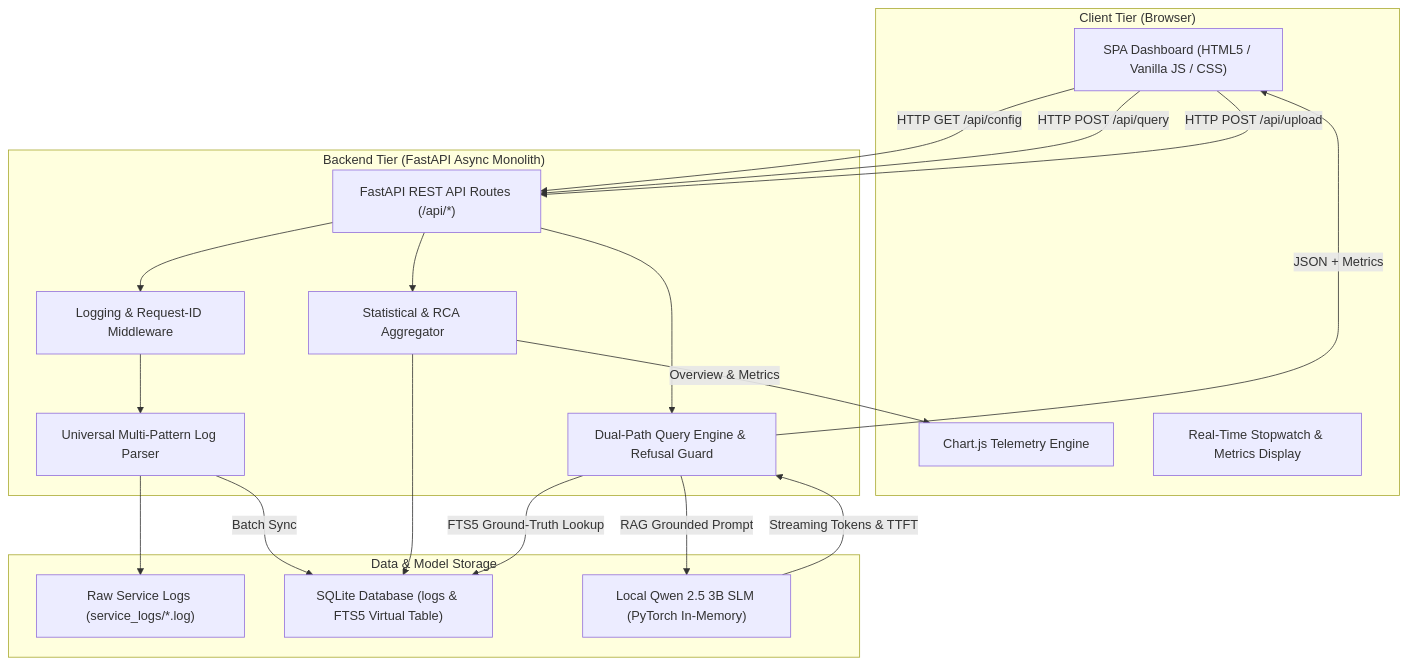
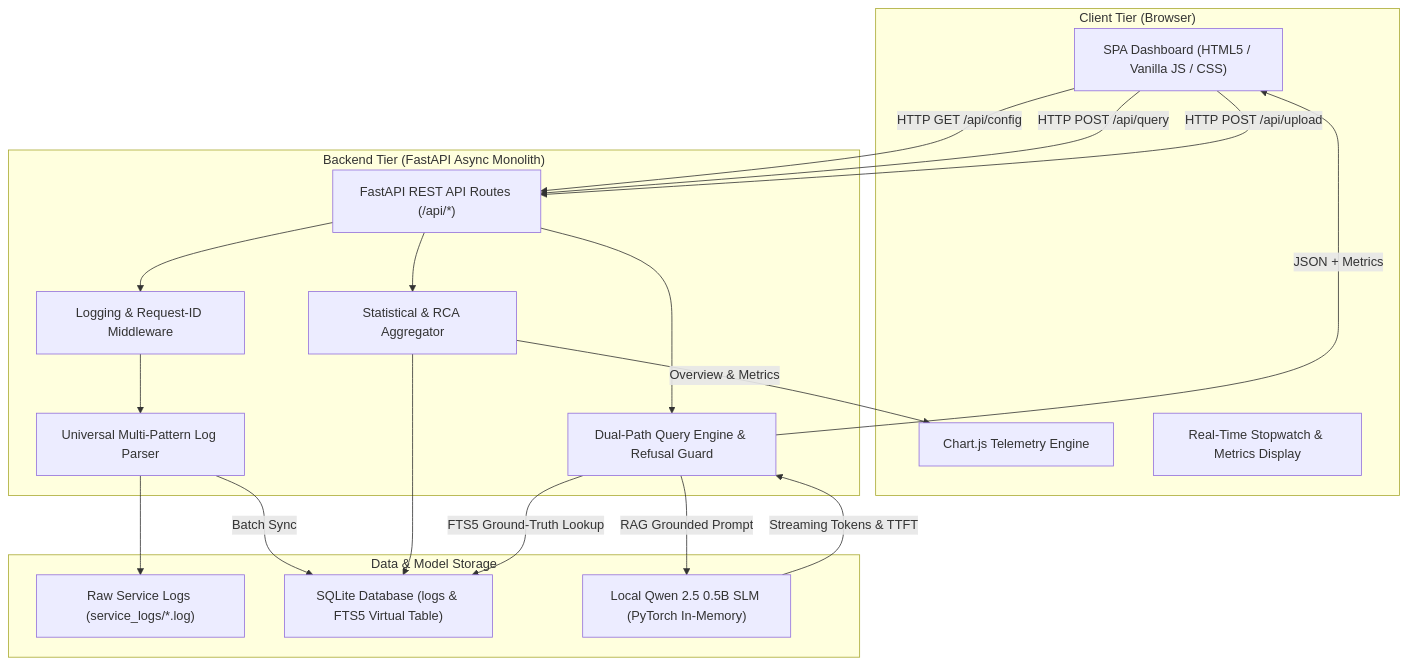
One commit to mangeshai2798/servicelog-intelligence-hub changed the diagram in KT_Documentation/ARCHITECTURE.md. Above: the diagram before and after it, drawn with Mermaid. The commit also changed other lines of this file and 18 other files, not shown here.

````diff
--- a/KT_Documentation/ARCHITECTURE.md
+++ b/KT_Documentation/ARCHITECTURE.md
@@ -57,38 +57,38 @@
 ```mermaid
 flowchart TD
     subgraph Client["Client Tier (Browser)"]
         UI["SPA Dashboard (HTML5 / Vanilla JS / CSS)"]
         Charts["Chart.js Telemetry Engine"]
         Stopwatch["Real-Time Stopwatch & Metrics Display"]
     end
 
     subgraph Server["Backend Tier (FastAPI Async Monolith)"]
         Router["FastAPI REST API Routes (/api/*)"]
         Middleware["Logging & Request-ID Middleware"]
         Parser["Universal Multi-Pattern Log Parser"]
         Analyzer["Statistical & RCA Aggregator"]
         QueryEngine["Dual-Path Query Engine & Refusal Guard"]
     end
 
     subgraph DataTier["Data & Model Storage"]
         DiskLogs["Raw Service Logs (service_logs/*.log)"]
         SQLiteDB["SQLite Database (logs & FTS5 Virtual Table)"]
-        LocalSLM["Local Qwen 2.5 3B SLM (PyTorch In-Memory)"]
+        LocalSLM["Local Qwen 2.5 0.5B SLM (PyTorch In-Memory)"]
     end
 
     UI -->|HTTP GET /api/config| Router
     UI -->|HTTP POST /api/query| Router
     UI -->|HTTP POST /api/upload| Router
     Router --> Middleware
     Middleware --> Parser
     Parser --> DiskLogs
     Parser -->|Batch Sync| SQLiteDB
     Router --> Analyzer
     Analyzer --> SQLiteDB
     Router --> QueryEngine
     QueryEngine -->|FTS5 Ground-Truth Lookup| SQLiteDB
     QueryEngine -->|RAG Grounded Prompt| LocalSLM
     LocalSLM -->|Streaming Tokens & TTFT| QueryEngine
     QueryEngine -->|JSON + Metrics| UI
     Analyzer -->|Overview & Metrics| Charts
 ```
````
